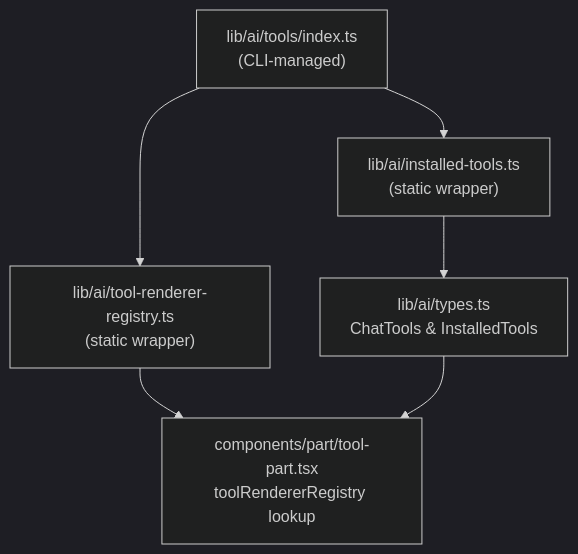
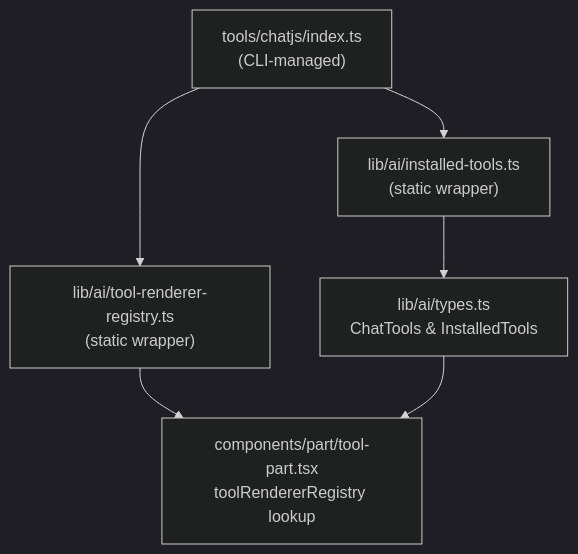
Before and after one commit to warklp/chat-js: the diagram in apps/docs/cookbook/tools.mdx, drawn with Mermaid (dark theme). The commit also changed other lines of this file and 63 other files, not shown here.

````diff
--- a/apps/docs/cookbook/tools.mdx
+++ b/apps/docs/cookbook/tools.mdx
@@ -22,8 +22,8 @@
 ```mermaid
 flowchart TD
-  A["lib/ai/tools/index.ts\n(CLI-managed)"] --> B["lib/ai/installed-tools.ts\n(static wrapper)"]
+  A["tools/chatjs/index.ts\n(CLI-managed)"] --> B["lib/ai/installed-tools.ts\n(static wrapper)"]
   A --> C["lib/ai/tool-renderer-registry.ts\n(static wrapper)"]
   B --> D["lib/ai/types.ts\nChatTools & InstalledTools"]
   C --> E["components/part/tool-part.tsx\ntoolRendererRegistry lookup"]
   D --> E
 ```
````
